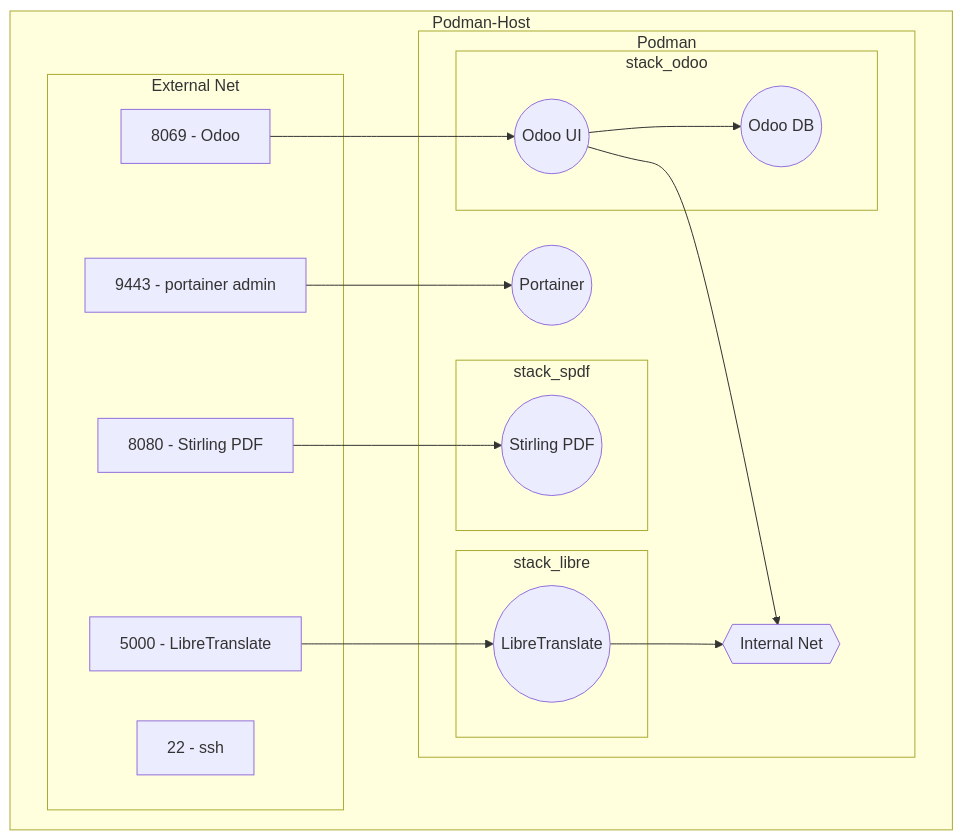
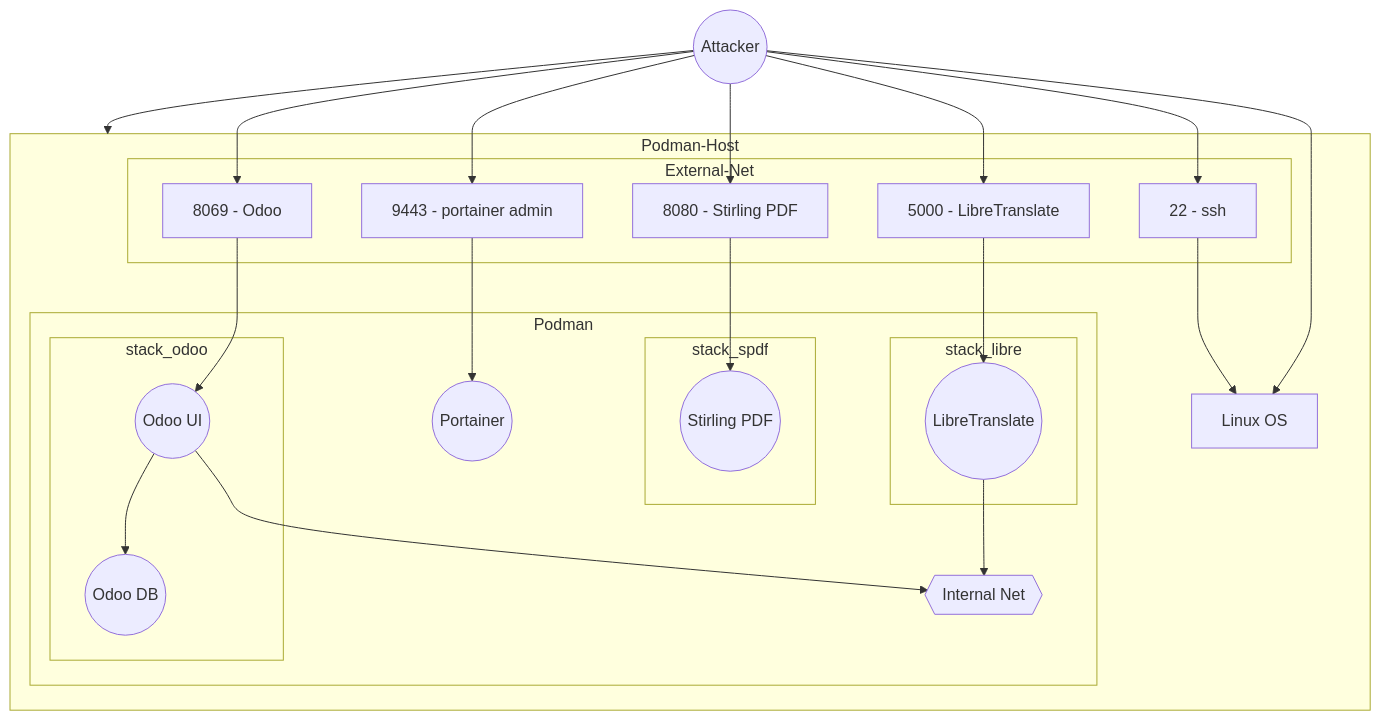
One commit to b-tocs/csf_dpp changed the first of 5 diagrams in doc/dpp4_security.md. Above: the diagram before and after it, drawn with Mermaid. The commit also changed other lines of this file and 1 other file, not shown here.

````diff
--- a/doc/dpp4_security.md
+++ b/doc/dpp4_security.md
@@ -14,40 +18,54 @@
 ```mermaid
 flowchart TD
 
+        attacker(("Attacker"))
+        attacker-->Podman-Host
+        attacker-->port_22
+        attacker-->port_9443
+        attacker-->port_8080
+        attacker-->port_5000
+        attacker-->port_8069
+        attacker-->linux
+        port_22-->linux
+
+
         subgraph Podman-Host
+
+            linux["Linux OS"]
             
-            subgraph External Net
+            
+            subgraph External-Net
                 port_22["22 - ssh"]
                 port_9443["9443 - portainer admin"]
                 port_5000["5000 - LibreTranslate"]
                 port_8080["8080 - Stirling PDF"]
                 port_8069["8069 - Odoo"]
             end
 
             subgraph Podman
                 portainer((Portainer))
                 net_intern{{Internal Net}}
 
                 subgraph stack_spdf
                     container1_1(("Stirling PDF"))
                 end
                 port_8080-->container1_1
 
                 subgraph stack_libre
                     container2_1(("LibreTranslate"))
                 end
                 port_5000-->container2_1
                 container2_1-->net_intern
 
                 subgraph stack_odoo
                     container3_1(("Odoo UI"))
                     container3_2(("Odoo DB"))
                 end
                 container3_1-->container3_2
                 port_8069-->container3_1
                 container3_1-->net_intern
             end
         end
 
         port_9443-->portainer
 ```
````
